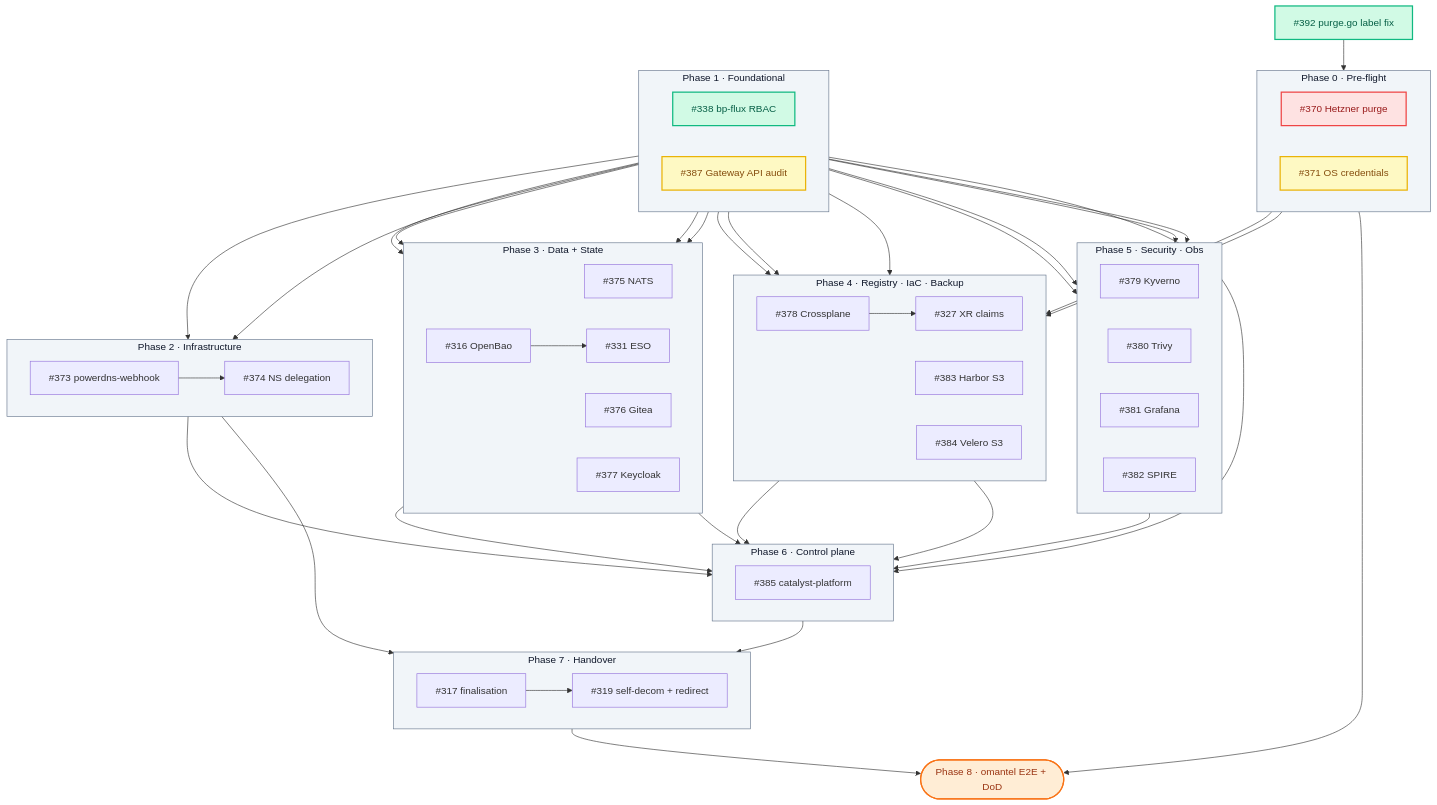
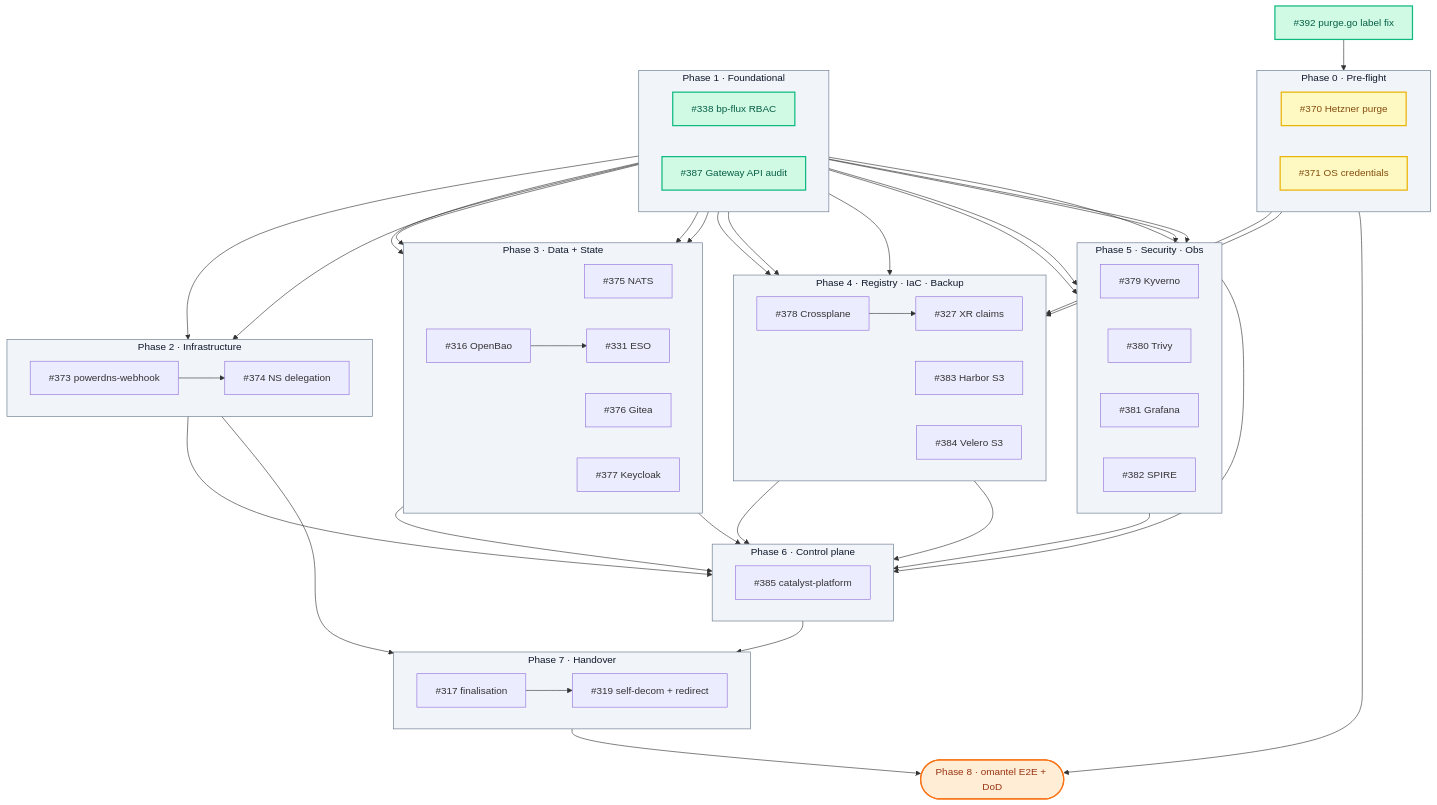
One commit to openova-io/openova changed the diagram in docs/omantel-handover-wbs.md. Above: the diagram before and after it, drawn with Mermaid. The commit also changed other lines of this file, not shown here.

First line of the commit message:
docs(wbs): tick 3 — #387 chart-released, #392 DoD-met (e2e proven), #370 unblocked

```diff
--- a/docs/omantel-handover-wbs.md
+++ b/docs/omantel-handover-wbs.md
@@ -169,9 +169,8 @@
     T392 --> T370
 
     class PH0,PH1,PH2,PH3,PH4,PH5,PH6,PH7 phase
-    class T338,T392 done
-    class T371,T387 wip
-    class T370 blocked
+    class T338,T387,T392 done
+    class T370,T371 wip
 
     %% Clickable ticket numbers — open the GitHub issue in a new tab
     click T316 "https://github.com/openova-io/openova/issues/316" "Open #316" _blank
```
